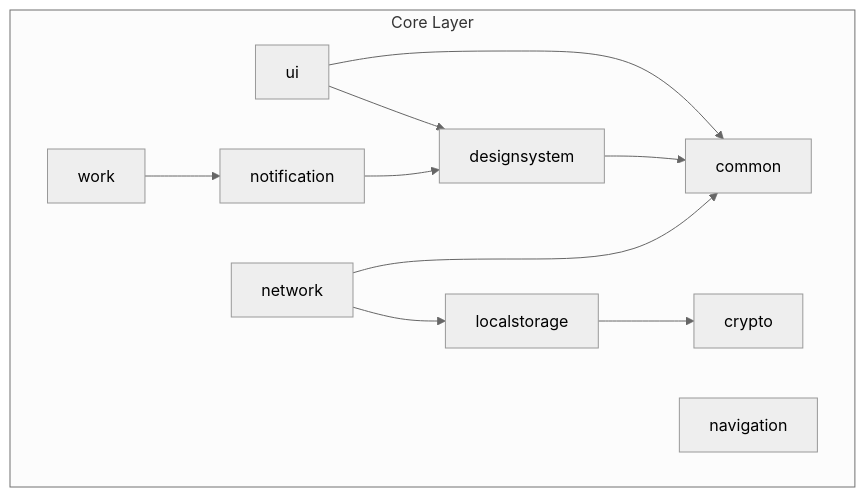
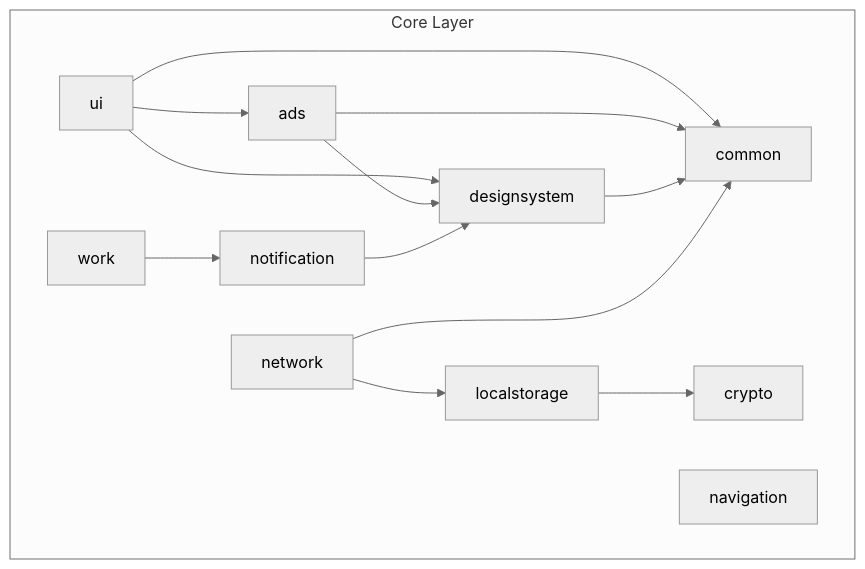
One commit to Hi-lingual/Hilingual-Android changed the fourth of 4 diagrams in README.md. Above: the diagram before and after it, drawn with Mermaid (neutral theme). The commit also changed other lines of this file, not shown here.

````diff
--- a/README.md
+++ b/README.md
@@ -169,23 +189,27 @@
 ```mermaid
 graph TD
     subgraph Core Layer
         ui["ui"]
+        ads["ads"]
         designsystem["designsystem"]
         network["network"]
         localstorage["localstorage"]
         common["common"]
         crypto["crypto"]
         navigation["navigation"]
         work["work"]
         notification["notification"]
     end
 
+    ui --> ads
     ui --> designsystem
     ui --> common
+    ads --> designsystem
+    ads --> common
     designsystem --> common
     network --> localstorage
     network --> common
     localstorage --> crypto
     work --> notification
     notification --> designsystem
 ```
````
